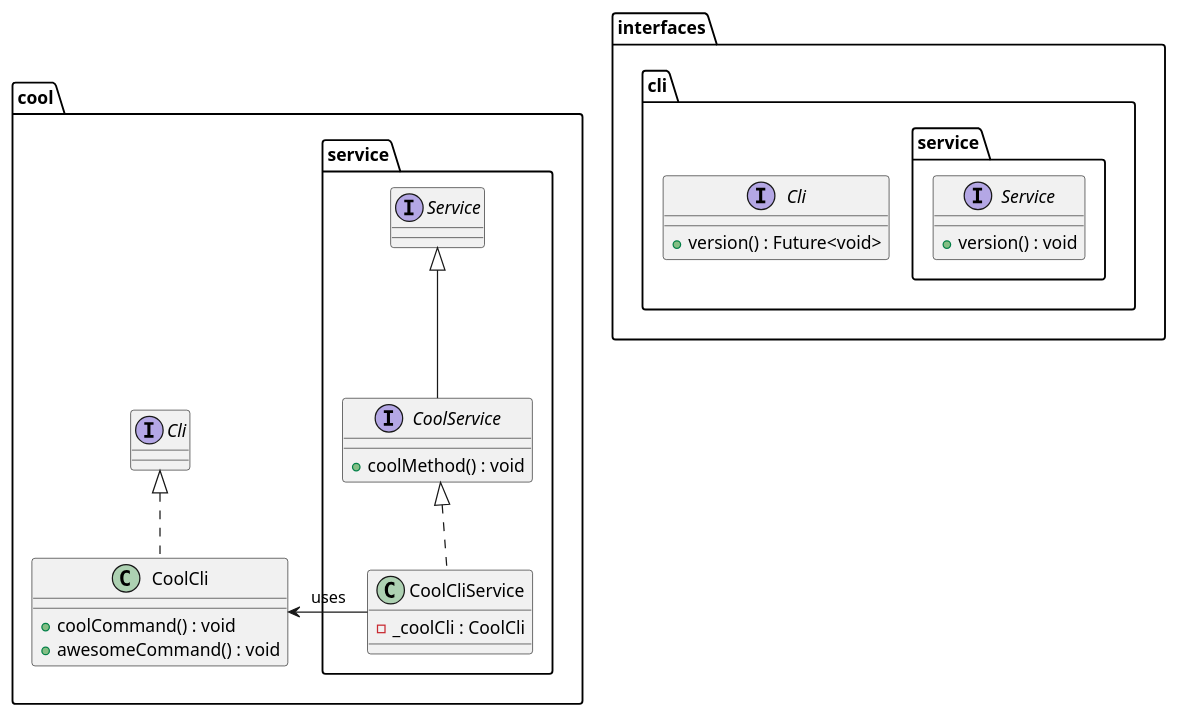
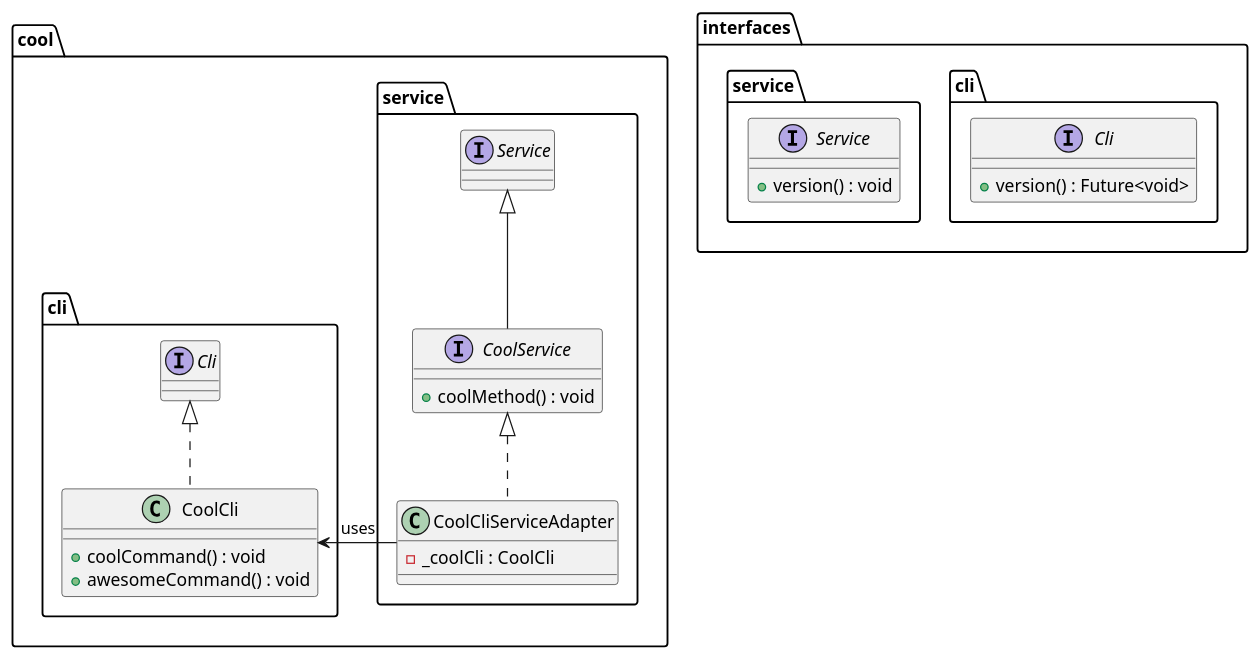
Before and after one commit to Flank/flank-dashboard: the diagram in metrics/cli/docs/diagrams/cli_interfaces_class_diagram.puml, drawn with PlantUML. The commit also changed 12 other files, not shown here.

Commit message:
Metrics CLI design with diagrams.

```diff
--- a/metrics/cli/docs/diagrams/cli_interfaces_class_diagram.puml
+++ b/metrics/cli/docs/diagrams/cli_interfaces_class_diagram.puml
@@ -1,29 +1,38 @@
 @startuml cli_interfaces_class_diagram
+
 package interfaces {
     package cli {
-        package service {
-            interface Service {
-                + version() : void
-            }
-        }
         interface Cli {
             + version() : Future<void>
         }
     }
+
+    package service {
+        interface Service {
+            + version() : void
+        }
+    }
 }
+
 package cool {
     package service as cool.service{
         interface CoolService extends Service{
             + coolMethod() : void
         }
-        class CoolCliService implements CoolService {
+
+        class CoolCliServiceAdapter implements CoolService {
             - _coolCli : CoolCli
         }
     }
-    class CoolCli implements Cli {
-        + coolCommand() : void
-        + awesomeCommand() : void
+
+    package cli as cool.cli {
+        class CoolCli implements Cli {
+            + coolCommand() : void
+            + awesomeCommand() : void
+        }
     }
 }
-CoolCliService -> CoolCli : uses
+
+CoolCliServiceAdapter -> CoolCli : uses
+
 @enduml
```
